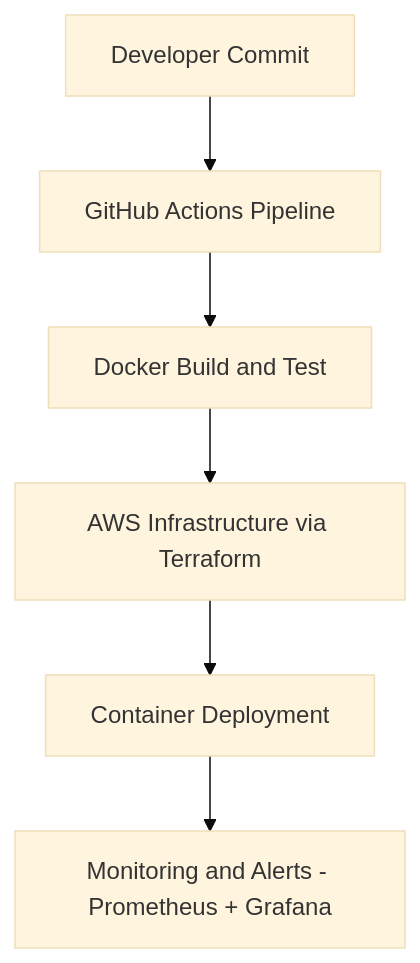
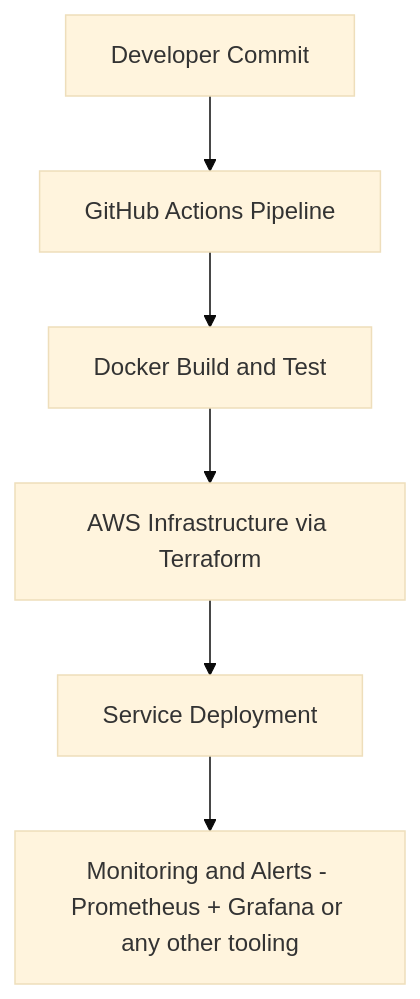
The diagram in README.md (dev-devfero/devfero-devops), drawn with Mermaid (base theme) before and after one commit. The commit also changed other lines of this file and 23 other files, not shown here.

````diff
--- a/README.md
+++ b/README.md
@@ -46,8 +46,8 @@
 ```mermaid
 graph TD
 A[Developer Commit] --> B[GitHub Actions Pipeline]
 B --> C[Docker Build and Test]
 C --> D[AWS Infrastructure via Terraform]
-D --> E[Container Deployment]
-E --> F[Monitoring and Alerts - Prometheus + Grafana]
+D --> E[Service Deployment]
+E --> F[Monitoring and Alerts - Prometheus + Grafana or any other tooling]
 ```
````
